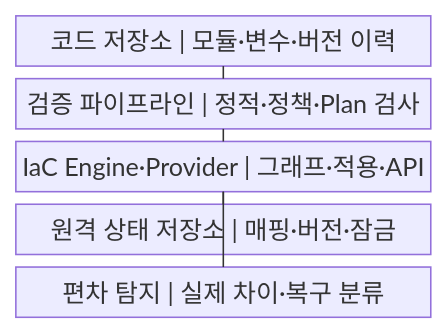
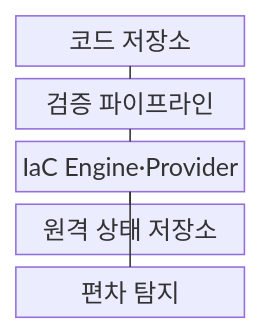
One commit to agnusdei1207/knowledge-base changed the first of 2 diagrams in src/content/docs/notes/03-software/182_infrastructure_as_code.md. Above: the diagram before and after it, drawn with Mermaid. The commit also changed other lines of this file and 238 other files, not shown here.

````diff
--- a/src/content/docs/notes/03-software/182_infrastructure_as_code.md
+++ b/src/content/docs/notes/03-software/182_infrastructure_as_code.md
@@ -55,13 +55,13 @@
 ```mermaid
-block
+block-beta
     columns 1
-    A["코드 저장소 | 모듈·변수·버전 이력"]
-    B["검증 파이프라인 | 정적·정책·Plan 검사"]
-    C["IaC Engine·Provider | 그래프·적용·API"]
-    D["원격 상태 저장소 | 매핑·버전·잠금"]
-    E["편차 탐지 | 실제 차이·복구 분류"]
+    A["코드 저장소"]
+    B["검증 파이프라인"]
+    C["IaC Engine·Provider"]
+    D["원격 상태 저장소"]
+    E["편차 탐지"]
     A --- B
     B --- C
     C --- D
     C --- E
 ```
````
